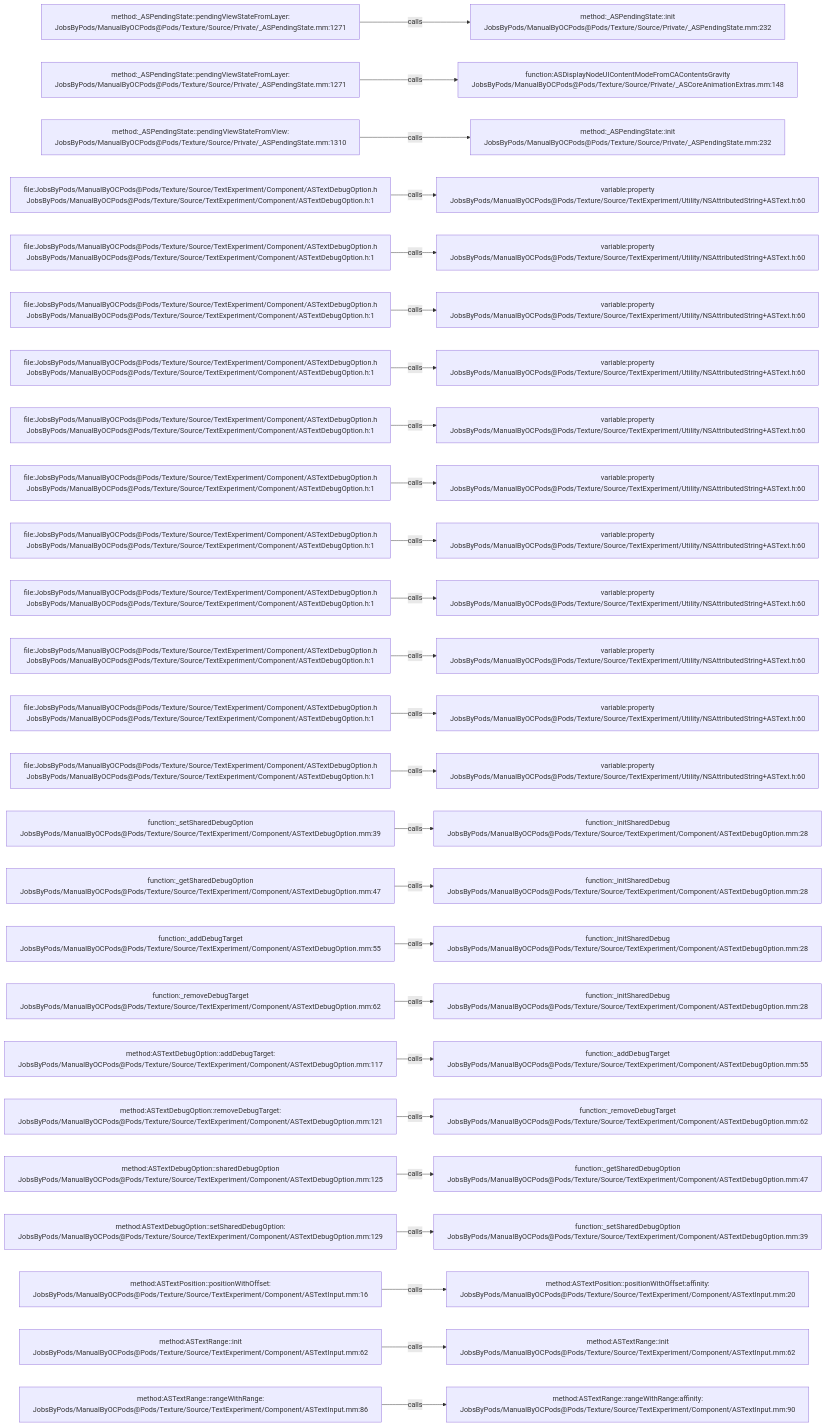
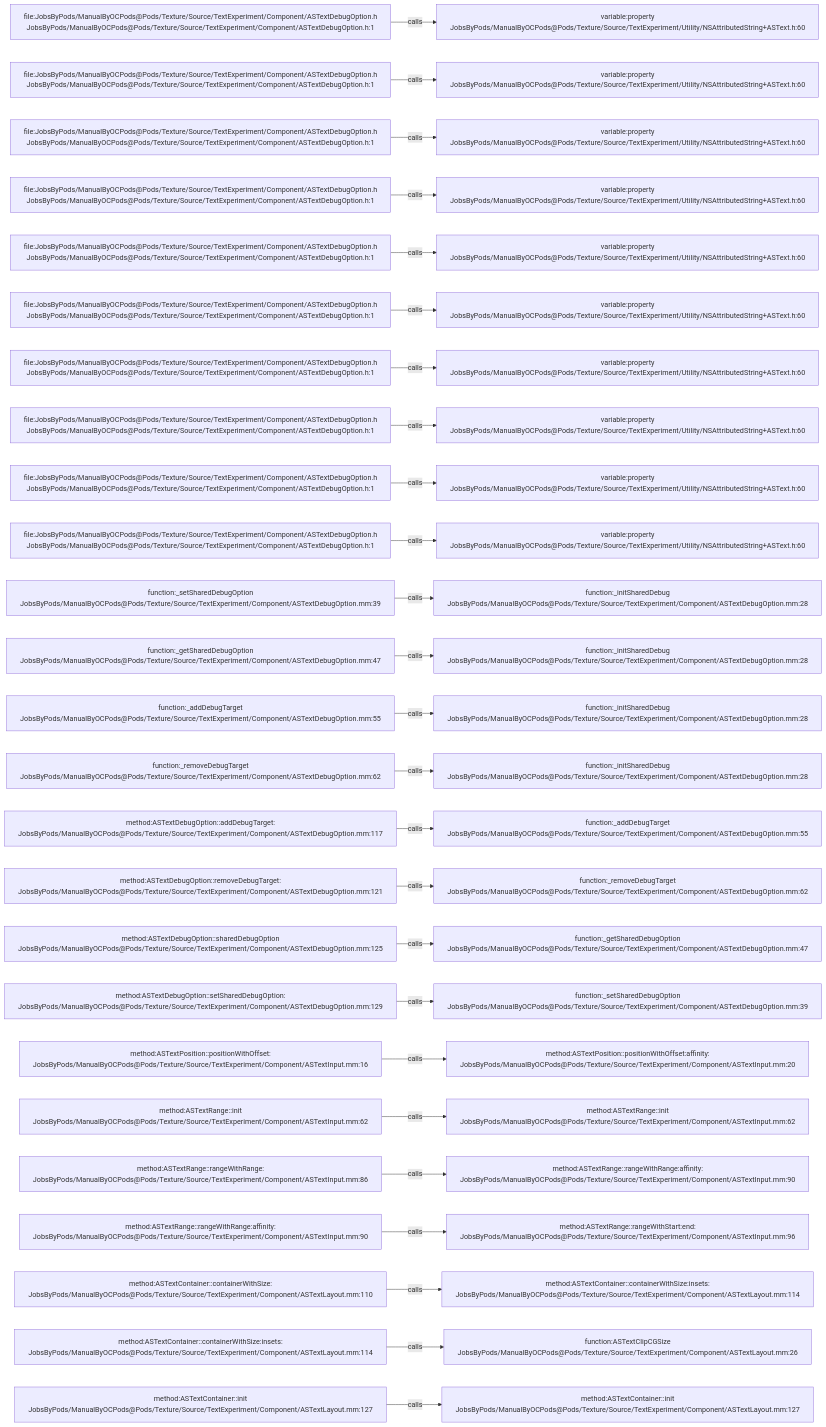
One commit to JobsKits/JobsOCBaseConfigDemo changed the diagram in .codegraph/codegraph.md/graphs/calls-198.md. Above: the diagram before and after it, drawn with Mermaid. The commit also changed 727 other files, not shown here.

````diff
--- a/.codegraph/codegraph.md/graphs/calls-198.md
+++ b/.codegraph/codegraph.md/graphs/calls-198.md
@@ -13,78 +13,78 @@
 ```mermaid
 flowchart LR
-  S1["method:_ASPendingState::pendingViewStateFromLayer:<br/>JobsByPods/ManualByOCPods@Pods/Texture/Source/Private/_ASPendingState.mm:1271"]
-  T1["method:_ASPendingState::init<br/>JobsByPods/ManualByOCPods@Pods/Texture/Source/Private/_ASPendingState.mm:232"]
+  S1["file:JobsByPods/ManualByOCPods@Pods/Texture/Source/TextExperiment/Component/ASTextDebugOption.h<br/>JobsByPods/ManualByOCPods@Pods/Texture/Source/TextExperiment/Component/ASTextDebugOption.h:1"]
+  T1["variable:property<br/>JobsByPods/ManualByOCPods@Pods/Texture/Source/TextExperiment/Utility/NSAttributedString+ASText.h:60"]
   S1 -->|calls| T1
-  S2["method:_ASPendingState::pendingViewStateFromLayer:<br/>JobsByPods/ManualByOCPods@Pods/Texture/Source/Private/_ASPendingState.mm:1271"]
-  T2["function:ASDisplayNodeUIContentModeFromCAContentsGravity<br/>JobsByPods/ManualByOCPods@Pods/Texture/Source/Private/_ASCoreAnimationExtras.mm:148"]
+  S2["file:JobsByPods/ManualByOCPods@Pods/Texture/Source/TextExperiment/Component/ASTextDebugOption.h<br/>JobsByPods/ManualByOCPods@Pods/Texture/Source/TextExperiment/Component/ASTextDebugOption.h:1"]
+  T2["variable:property<br/>JobsByPods/ManualByOCPods@Pods/Texture/Source/TextExperiment/Utility/NSAttributedString+ASText.h:60"]
   S2 -->|calls| T2
-  S3["method:_ASPendingState::pendingViewStateFromView:<br/>JobsByPods/ManualByOCPods@Pods/Texture/Source/Private/_ASPendingState.mm:1310"]
-  T3["method:_ASPendingState::init<br/>JobsByPods/ManualByOCPods@Pods/Texture/Source/Private/_ASPendingState.mm:232"]
+  S3["file:JobsByPods/ManualByOCPods@Pods/Texture/Source/TextExperiment/Component/ASTextDebugOption.h<br/>JobsByPods/ManualByOCPods@Pods/Texture/Source/TextExperiment/Component/ASTextDebugOption.h:1"]
+  T3["variable:property<br/>JobsByPods/ManualByOCPods@Pods/Texture/Source/TextExperiment/Utility/NSAttributedString+ASText.h:60"]
   S3 -->|calls| T3
   S4["file:JobsByPods/ManualByOCPods@Pods/Texture/Source/TextExperiment/Component/ASTextDebugOption.h<br/>JobsByPods/ManualByOCPods@Pods/Texture/Source/TextExperiment/Component/ASTextDebugOption.h:1"]
   T4["variable:property<br/>JobsByPods/ManualByOCPods@Pods/Texture/Source/TextExperiment/Utility/NSAttributedString+ASText.h:60"]
   S4 -->|calls| T4
   S5["file:JobsByPods/ManualByOCPods@Pods/Texture/Source/TextExperiment/Component/ASTextDebugOption.h<br/>JobsByPods/ManualByOCPods@Pods/Texture/Source/TextExperiment/Component/ASTextDebugOption.h:1"]
   T5["variable:property<br/>JobsByPods/ManualByOCPods@Pods/Texture/Source/TextExperiment/Utility/NSAttributedString+ASText.h:60"]
   S5 -->|calls| T5
   S6["file:JobsByPods/ManualByOCPods@Pods/Texture/Source/TextExperiment/Component/ASTextDebugOption.h<br/>JobsByPods/ManualByOCPods@Pods/Texture/Source/TextExperiment/Component/ASTextDebugOption.h:1"]
   T6["variable:property<br/>JobsByPods/ManualByOCPods@Pods/Texture/Source/TextExperiment/Utility/NSAttributedString+ASText.h:60"]
   S6 -->|calls| T6
   S7["file:JobsByPods/ManualByOCPods@Pods/Texture/Source/TextExperiment/Component/ASTextDebugOption.h<br/>JobsByPods/ManualByOCPods@Pods/Texture/Source/TextExperiment/Component/ASTextDebugOption.h:1"]
   T7["variable:property<br/>JobsByPods/ManualByOCPods@Pods/Texture/Source/TextExperiment/Utility/NSAttributedString+ASText.h:60"]
   S7 -->|calls| T7
   S8["file:JobsByPods/ManualByOCPods@Pods/Texture/Source/TextExperiment/Component/ASTextDebugOption.h<br/>JobsByPods/ManualByOCPods@Pods/Texture/Source/TextExperiment/Component/ASTextDebugOption.h:1"]
   T8["variable:property<br/>JobsByPods/ManualByOCPods@Pods/Texture/Source/TextExperiment/Utility/NSAttributedString+ASText.h:60"]
   S8 -->|calls| T8
   S9["file:JobsByPods/ManualByOCPods@Pods/Texture/Source/TextExperiment/Component/ASTextDebugOption.h<br/>JobsByPods/ManualByOCPods@Pods/Texture/Source/TextExperiment/Component/ASTextDebugOption.h:1"]
   T9["variable:property<br/>JobsByPods/ManualByOCPods@Pods/Texture/Source/TextExperiment/Utility/NSAttributedString+ASText.h:60"]
   S9 -->|calls| T9
   S10["file:JobsByPods/ManualByOCPods@Pods/Texture/Source/TextExperiment/Component/ASTextDebugOption.h<br/>JobsByPods/ManualByOCPods@Pods/Texture/Source/TextExperiment/Component/ASTextDebugOption.h:1"]
   T10["variable:property<br/>JobsByPods/ManualByOCPods@Pods/Texture/Source/TextExperiment/Utility/NSAttributedString+ASText.h:60"]
   S10 -->|calls| T10
-  S11["file:JobsByPods/ManualByOCPods@Pods/Texture/Source/TextExperiment/Component/ASTextDebugOption.h<br/>JobsByPods/ManualByOCPods@Pods/Texture/Source/TextExperiment/Component/ASTextDebugOption.h:1"]
-  T11["variable:property<br/>JobsByPods/ManualByOCPods@Pods/Texture/Source/TextExperiment/Utility/NSAttributedString+ASText.h:60"]
+  S11["function:_setSharedDebugOption<br/>JobsByPods/ManualByOCPods@Pods/Texture/Source/TextExperiment/Component/ASTextDebugOption.mm:39"]
+  T11["function:_initSharedDebug<br/>JobsByPods/ManualByOCPods@Pods/Texture/Source/TextExperiment/Component/ASTextDebugOption.mm:28"]
   S11 -->|calls| T11
-  S12["file:JobsByPods/ManualByOCPods@Pods/Texture/Source/TextExperiment/Component/ASTextDebugOption.h<br/>JobsByPods/ManualByOCPods@Pods/Texture/Source/TextExperiment/Component/ASTextDebugOption.h:1"]
-  T12["variable:property<br/>JobsByPods/ManualByOCPods@Pods/Texture/Source/TextExperiment/Utility/NSAttributedString+ASText.h:60"]
+  S12["function:_getSharedDebugOption<br/>JobsByPods/ManualByOCPods@Pods/Texture/Source/TextExperiment/Component/ASTextDebugOption.mm:47"]
+  T12["function:_initSharedDebug<br/>JobsByPods/ManualByOCPods@Pods/Texture/Source/TextExperiment/Component/ASTextDebugOption.mm:28"]
   S12 -->|calls| T12
-  S13["file:JobsByPods/ManualByOCPods@Pods/Texture/Source/TextExperiment/Component/ASTextDebugOption.h<br/>JobsByPods/ManualByOCPods@Pods/Texture/Source/TextExperiment/Component/ASTextDebugOption.h:1"]
-  T13["variable:property<br/>JobsByPods/ManualByOCPods@Pods/Texture/Source/TextExperiment/Utility/NSAttributedString+ASText.h:60"]
+  S13["function:_addDebugTarget<br/>JobsByPods/ManualByOCPods@Pods/Texture/Source/TextExperiment/Component/ASTextDebugOption.mm:55"]
+  T13["function:_initSharedDebug<br/>JobsByPods/ManualByOCPods@Pods/Texture/Source/TextExperiment/Component/ASTextDebugOption.mm:28"]
   S13 -->|calls| T13
-  S14["file:JobsByPods/ManualByOCPods@Pods/Texture/Source/TextExperiment/Component/ASTextDebugOption.h<br/>JobsByPods/ManualByOCPods@Pods/Texture/Source/TextExperiment/Component/ASTextDebugOption.h:1"]
-  T14["variable:property<br/>JobsByPods/ManualByOCPods@Pods/Texture/Source/TextExperiment/Utility/NSAttributedString+ASText.h:60"]
+  S14["function:_removeDebugTarget<br/>JobsByPods/ManualByOCPods@Pods/Texture/Source/TextExperiment/Component/ASTextDebugOption.mm:62"]
+  T14["function:_initSharedDebug<br/>JobsByPods/ManualByOCPods@Pods/Texture/Source/TextExperiment/Component/ASTextDebugOption.mm:28"]
   S14 -->|calls| T14
-  S15["function:_setSharedDebugOption<br/>JobsByPods/ManualByOCPods@Pods/Texture/Source/TextExperiment/Component/ASTextDebugOption.mm:39"]
-  T15["function:_initSharedDebug<br/>JobsByPods/ManualByOCPods@Pods/Texture/Source/TextExperiment/Component/ASTextDebugOption.mm:28"]
+  S15["method:ASTextDebugOption::addDebugTarget:<br/>JobsByPods/ManualByOCPods@Pods/Texture/Source/TextExperiment/Component/ASTextDebugOption.mm:117"]
+  T15["function:_addDebugTarget<br/>JobsByPods/ManualByOCPods@Pods/Texture/Source/TextExperiment/Component/ASTextDebugOption.mm:55"]
   S15 -->|calls| T15
-  S16["function:_getSharedDebugOption<br/>JobsByPods/ManualByOCPods@Pods/Texture/Source/TextExperiment/Component/ASTextDebugOption.mm:47"]
-  T16["function:_initSharedDebug<br/>JobsByPods/ManualByOCPods@Pods/Texture/Source/TextExperiment/Component/ASTextDebugOption.mm:28"]
+  S16["method:ASTextDebugOption::removeDebugTarget:<br/>JobsByPods/ManualByOCPods@Pods/Texture/Source/TextExperiment/Component/ASTextDebugOption.mm:121"]
+  T16["function:_removeDebugTarget<br/>JobsByPods/ManualByOCPods@Pods/Texture/Source/TextExperiment/Component/ASTextDebugOption.mm:62"]
   S16 -->|calls| T16
-  S17["function:_addDebugTarget<br/>JobsByPods/ManualByOCPods@Pods/Texture/Source/TextExperiment/Component/ASTextDebugOption.mm:55"]
-  T17["function:_initSharedDebug<br/>JobsByPods/ManualByOCPods@Pods/Texture/Source/TextExperiment/Component/ASTextDebugOption.mm:28"]
+  S17["method:ASTextDebugOption::sharedDebugOption<br/>JobsByPods/ManualByOCPods@Pods/Texture/Source/TextExperiment/Component/ASTextDebugOption.mm:125"]
+  T17["function:_getSharedDebugOption<br/>JobsByPods/ManualByOCPods@Pods/Texture/Source/TextExperiment/Component/ASTextDebugOption.mm:47"]
   S17 -->|calls| T17
-  S18["function:_removeDebugTarget<br/>JobsByPods/ManualByOCPods@Pods/Texture/Source/TextExperiment/Component/ASTextDebugOption.mm:62"]
-  T18["function:_initSharedDebug<br/>JobsByPods/ManualByOCPods@Pods/Texture/Source/TextExperiment/Component/ASTextDebugOption.mm:28"]
+  S18["method:ASTextDebugOption::setSharedDebugOption:<br/>JobsByPods/ManualByOCPods@Pods/Texture/Source/TextExperiment/Component/ASTextDebugOption.mm:129"]
+  T18["function:_setSharedDebugOption<br/>JobsByPods/ManualByOCPods@Pods/Texture/Source/TextExperiment/Component/ASTextDebugOption.mm:39"]
   S18 -->|calls| T18
-  S19["method:ASTextDebugOption::addDebugTarget:<br/>JobsByPods/ManualByOCPods@Pods/Texture/Source/TextExperiment/Component/ASTextDebugOption.mm:117"]
-  T19["function:_addDebugTarget<br/>JobsByPods/ManualByOCPods@Pods/Texture/Source/TextExperiment/Component/ASTextDebugOption.mm:55"]
+  S19["method:ASTextPosition::positionWithOffset:<br/>JobsByPods/ManualByOCPods@Pods/Texture/Source/TextExperiment/Component/ASTextInput.mm:16"]
+  T19["method:ASTextPosition::positionWithOffset:affinity:<br/>JobsByPods/ManualByOCPods@Pods/Texture/Source/TextExperiment/Component/ASTextInput.mm:20"]
   S19 -->|calls| T19
-  S20["method:ASTextDebugOption::removeDebugTarget:<br/>JobsByPods/ManualByOCPods@Pods/Texture/Source/TextExperiment/Component/ASTextDebugOption.mm:121"]
-  T20["function:_removeDebugTarget<br/>JobsByPods/ManualByOCPods@Pods/Texture/Source/TextExperiment/Component/ASTextDebugOption.mm:62"]
+  S20["method:ASTextRange::init<br/>JobsByPods/ManualByOCPods@Pods/Texture/Source/TextExperiment/Component/ASTextInput.mm:62"]
+  T20["method:ASTextRange::init<br/>JobsByPods/ManualByOCPods@Pods/Texture/Source/TextExperiment/Component/ASTextInput.mm:62"]
   S20 -->|calls| T20
-  S21["method:ASTextDebugOption::sharedDebugOption<br/>JobsByPods/ManualByOCPods@Pods/Texture/Source/TextExperiment/Component/ASTextDebugOption.mm:125"]
-  T21["function:_getSharedDebugOption<br/>JobsByPods/ManualByOCPods@Pods/Texture/Source/TextExperiment/Component/ASTextDebugOption.mm:47"]
+  S21["method:ASTextRange::rangeWithRange:<br/>JobsByPods/ManualByOCPods@Pods/Texture/Source/TextExperiment/Component/ASTextInput.mm:86"]
+  T21["method:ASTextRange::rangeWithRange:affinity:<br/>JobsByPods/ManualByOCPods@Pods/Texture/Source/TextExperiment/Component/ASTextInput.mm:90"]
   S21 -->|calls| T21
-  S22["method:ASTextDebugOption::setSharedDebugOption:<br/>JobsByPods/ManualByOCPods@Pods/Texture/Source/TextExperiment/Component/ASTextDebugOption.mm:129"]
-  T22["function:_setSharedDebugOption<br/>JobsByPods/ManualByOCPods@Pods/Texture/Source/TextExperiment/Component/ASTextDebugOption.mm:39"]
+  S22["method:ASTextRange::rangeWithRange:affinity:<br/>JobsByPods/ManualByOCPods@Pods/Texture/Source/TextExperiment/Component/ASTextInput.mm:90"]
+  T22["method:ASTextRange::rangeWithStart:end:<br/>JobsByPods/ManualByOCPods@Pods/Texture/Source/TextExperiment/Component/ASTextInput.mm:96"]
   S22 -->|calls| T22
-  S23["method:ASTextPosition::positionWithOffset:<br/>JobsByPods/ManualByOCPods@Pods/Texture/Source/TextExperiment/Component/ASTextInput.mm:16"]
-  T23["method:ASTextPosition::positionWithOffset:affinity:<br/>JobsByPods/ManualByOCPods@Pods/Texture/Source/TextExperiment/Component/ASTextInput.mm:20"]
+  S23["method:ASTextContainer::containerWithSize:<br/>JobsByPods/ManualByOCPods@Pods/Texture/Source/TextExperiment/Component/ASTextLayout.mm:110"]
+  T23["method:ASTextContainer::containerWithSize:insets:<br/>JobsByPods/ManualByOCPods@Pods/Texture/Source/TextExperiment/Component/ASTextLayout.mm:114"]
   S23 -->|calls| T23
-  S24["method:ASTextRange::init<br/>JobsByPods/ManualByOCPods@Pods/Texture/Source/TextExperiment/Component/ASTextInput.mm:62"]
-  T24["method:ASTextRange::init<br/>JobsByPods/ManualByOCPods@Pods/Texture/Source/TextExperiment/Component/ASTextInput.mm:62"]
+  S24["method:ASTextContainer::containerWithSize:insets:<br/>JobsByPods/ManualByOCPods@Pods/Texture/Source/TextExperiment/Component/ASTextLayout.mm:114"]
+  T24["function:ASTextClipCGSize<br/>JobsByPods/ManualByOCPods@Pods/Texture/Source/TextExperiment/Component/ASTextLayout.mm:26"]
   S24 -->|calls| T24
-  S25["method:ASTextRange::rangeWithRange:<br/>JobsByPods/ManualByOCPods@Pods/Texture/Source/TextExperiment/Component/ASTextInput.mm:86"]
-  T25["method:ASTextRange::rangeWithRange:affinity:<br/>JobsByPods/ManualByOCPods@Pods/Texture/Source/TextExperiment/Component/ASTextInput.mm:90"]
+  S25["method:ASTextContainer::init<br/>JobsByPods/ManualByOCPods@Pods/Texture/Source/TextExperiment/Component/ASTextLayout.mm:127"]
+  T25["method:ASTextContainer::init<br/>JobsByPods/ManualByOCPods@Pods/Texture/Source/TextExperiment/Component/ASTextLayout.mm:127"]
   S25 -->|calls| T25
 ```
````
